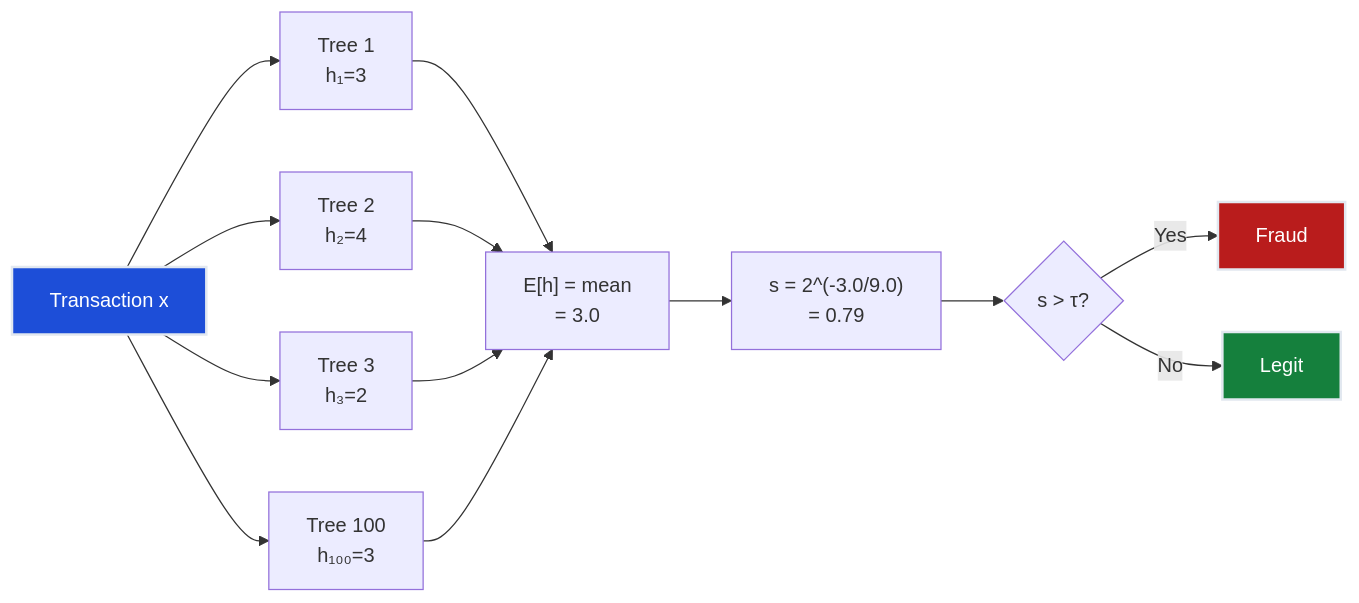
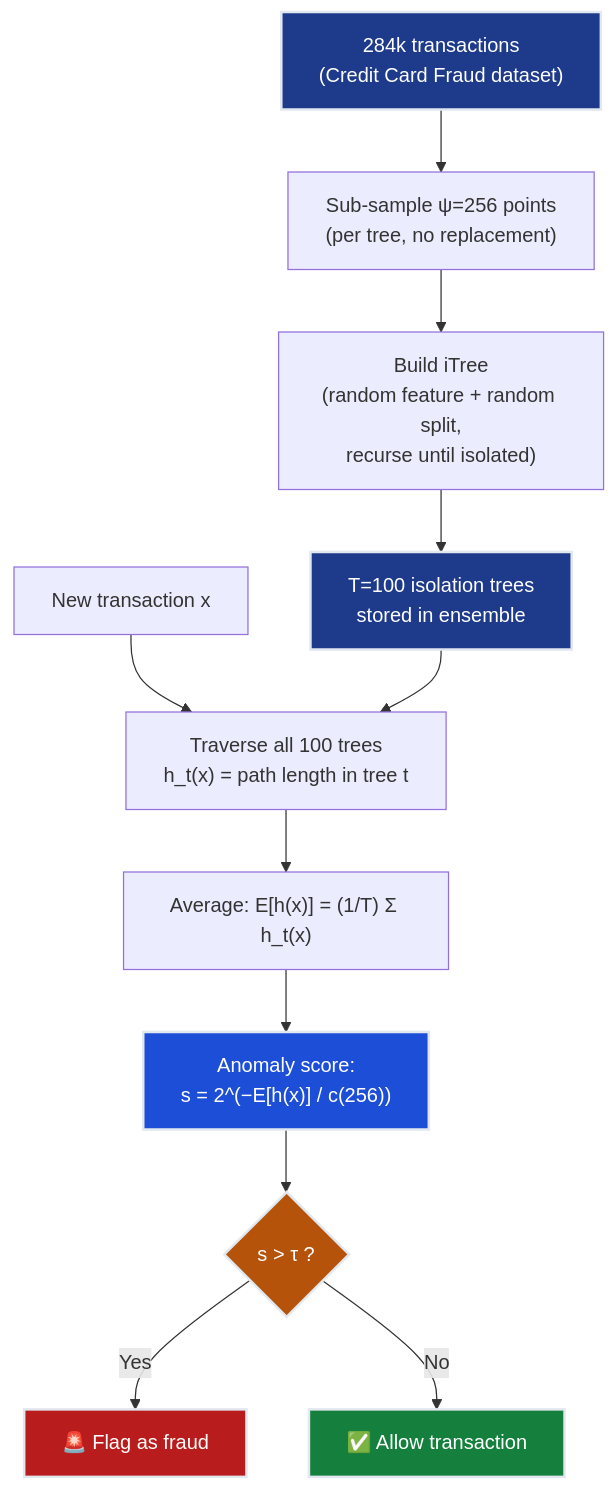
Before and after one commit to deepakshamsft/ai-portfolio: the second of 3 diagrams in notes/01-ml/05_anomaly_detection/ch02_isolation_forest/README.md, drawn with Mermaid. The commit also changed other lines of this file and 727 other files, not shown here.

````diff
--- a/notes/01-ml/05_anomaly_detection/ch02_isolation_forest/README.md
+++ b/notes/01-ml/05_anomaly_detection/ch02_isolation_forest/README.md
@@ -213,21 +465,32 @@
 ```mermaid
-flowchart LR
-    X["Transaction x"] --> T1["Tree 1\nh₁=3"]
-    X --> T2["Tree 2\nh₂=4"]
-    X --> T3["Tree 3\nh₃=2"]
-    X --> TN["Tree 100\nh₁₀₀=3"]
+flowchart TD
+    DATA["284k transactions\n(Credit Card Fraud dataset)"]
+    SAMPLE["Sub-sample ψ=256 points\n(per tree, no replacement)"]
+    BUILD["Build iTree\n(random feature + random split,\nrecurse until isolated)"]
+    TREES["T=100 isolation trees\nstored in ensemble"]
+    TX["New transaction x"]
+    PATH["Traverse all 100 trees\nh_t(x) = path length in tree t"]
+    AVG["Average: E[h(x)] = (1/T) Σ h_t(x)"]
+    SCORE["Anomaly score:\ns = 2^(−E[h(x)] / c(256))"]
+    THRESH{"s > τ ?"}
+    FRAUD["🚨 Flag as fraud"]
+    NORMAL["✅ Allow transaction"]
 
-    T1 --> AVG["E[h] = mean\n= 3.0"]
-    T2 --> AVG
-    T3 --> AVG
-    TN --> AVG
+    DATA --> SAMPLE
+    SAMPLE --> BUILD
+    BUILD --> TREES
+    TX --> PATH
+    TREES --> PATH
+    PATH --> AVG
+    AVG --> SCORE
+    SCORE --> THRESH
+    THRESH -->|"Yes"| FRAUD
+    THRESH -->|"No"| NORMAL
 
-    AVG --> SCORE["s = 2^(-3.0/9.0)\n= 0.79"]
-    SCORE --> DEC{"s > τ?"}
-    DEC -->|"Yes"| FRAUD["Fraud"]
-    DEC -->|"No"| LEGIT["Legit"]
-
-    style X fill:#1d4ed8,stroke:#e2e8f0,stroke-width:2px,color:#ffffff
+    style DATA fill:#1e3a8a,stroke:#e2e8f0,stroke-width:2px,color:#ffffff
+    style TREES fill:#1e3a8a,stroke:#e2e8f0,stroke-width:2px,color:#ffffff
     style FRAUD fill:#b91c1c,stroke:#e2e8f0,stroke-width:2px,color:#ffffff
-    style LEGIT fill:#15803d,stroke:#e2e8f0,stroke-width:2px,color:#ffffff
+    style NORMAL fill:#15803d,stroke:#e2e8f0,stroke-width:2px,color:#ffffff
+    style SCORE fill:#1d4ed8,stroke:#e2e8f0,stroke-width:2px,color:#ffffff
+    style THRESH fill:#b45309,stroke:#e2e8f0,stroke-width:2px,color:#ffffff
 ```
````
